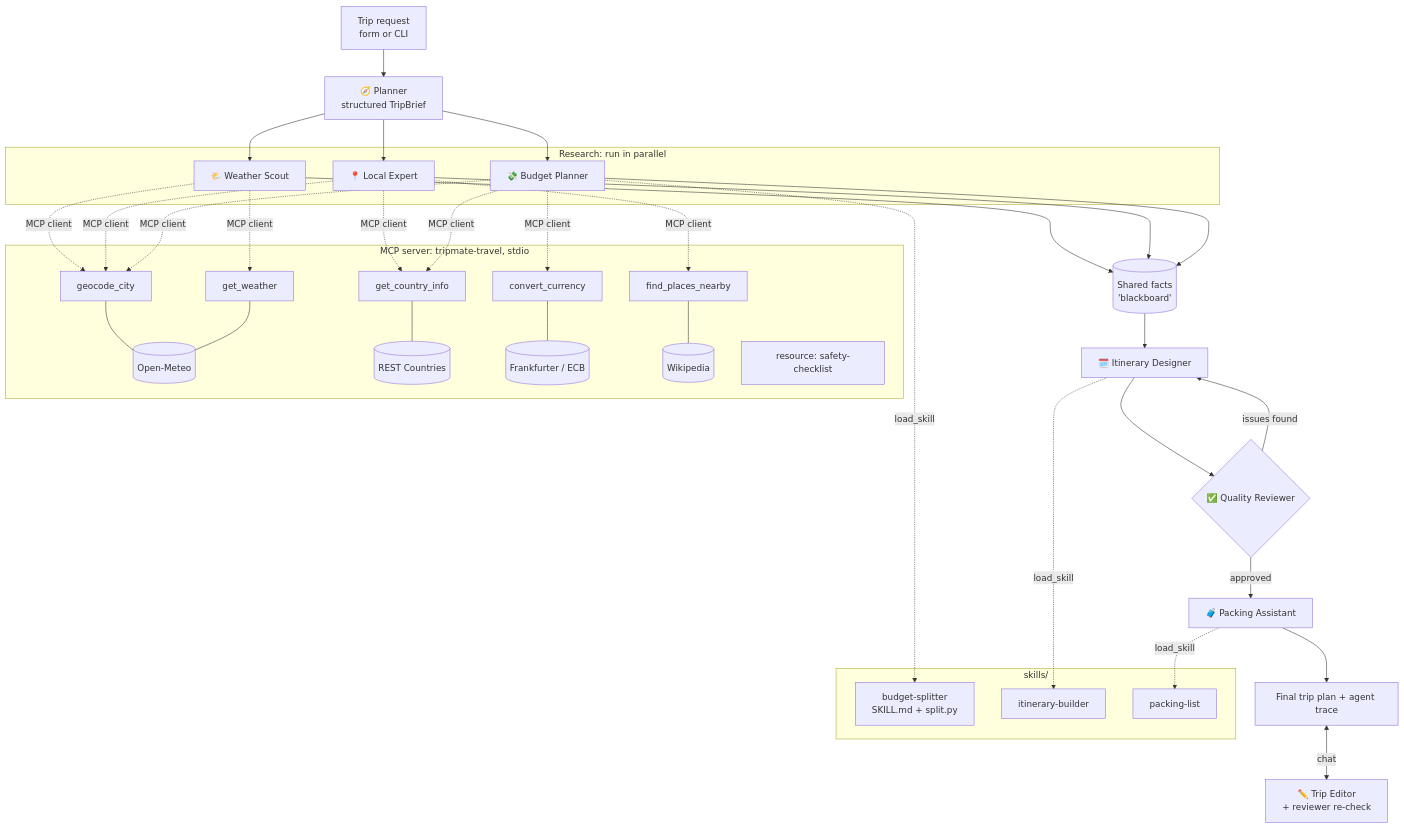
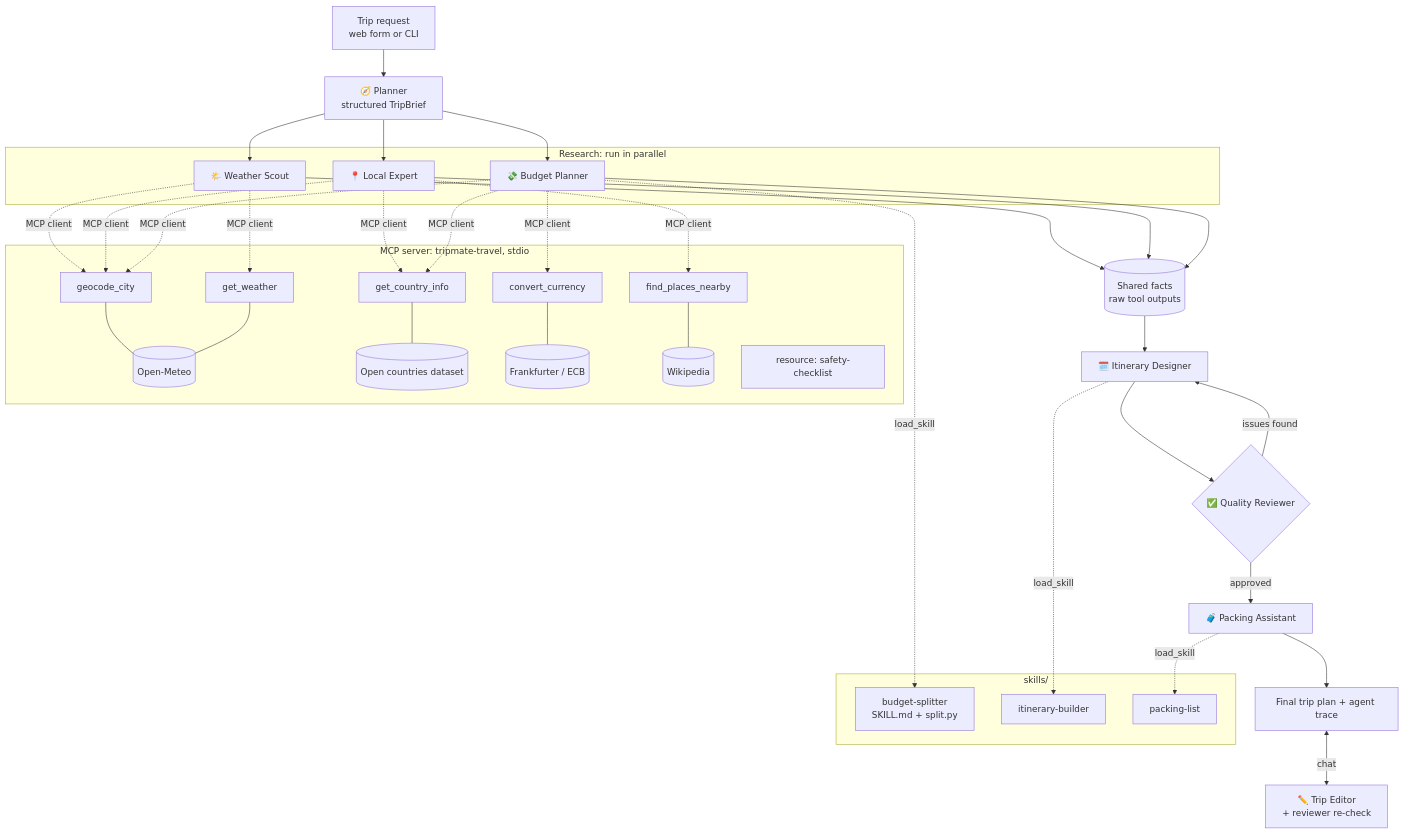
One commit to nikitajeyasingh/tripmate changed the diagram in README.md. Above: the diagram before and after it, drawn with Mermaid. The commit also changed other lines of this file and 4 other files, not shown here.

````diff
--- a/README.md
+++ b/README.md
@@ -24,40 +24,40 @@
 ```mermaid
 flowchart TD
-    U[Trip request<br/>form or CLI] --> P[🧭 Planner<br/>structured TripBrief]
+    U[Trip request<br/>web form or CLI] --> P[🧭 Planner<br/>structured TripBrief]
     P --> W[🌤️ Weather Scout]
     P --> L[📍 Local Expert]
     P --> B[💸 Budget Planner]
     subgraph parallel [Research: run in parallel]
       W
       L
       B
     end
-    W & L & B --> BB[(Shared facts<br/>'blackboard')]
+    W & L & B --> BB[(Shared facts<br/>raw tool outputs)]
     BB --> I[🗓️ Itinerary Designer]
     I --> R{✅ Quality Reviewer}
     R -- issues found --> I
     R -- approved --> K[🧳 Packing Assistant]
     K --> OUT[Final trip plan + agent trace]
     OUT <-- chat --> E[✏️ Trip Editor<br/>+ reviewer re-check]
 
     subgraph MCP [MCP server: tripmate-travel, stdio]
       T1[geocode_city] --- A1[(Open-Meteo)]
       T2[get_weather] --- A1
-      T3[get_country_info] --- A2[(REST Countries)]
+      T3[get_country_info] --- A2[(Open countries dataset)]
       T4[convert_currency] --- A3[(Frankfurter / ECB)]
       T5[find_places_nearby] --- A4[(Wikipedia)]
       RS[resource: safety-checklist]
     end
     W -. MCP client .-> T1 & T2
     L -. MCP client .-> T1 & T3 & T5
     B -. MCP client .-> T1 & T3 & T4
 
     subgraph Skills [skills/]
       S1[budget-splitter<br/>SKILL.md + split.py]
       S2[itinerary-builder]
       S3[packing-list]
     end
     B -. load_skill .-> S1
     I -. load_skill .-> S2
     K -. load_skill .-> S3
 ```
````
